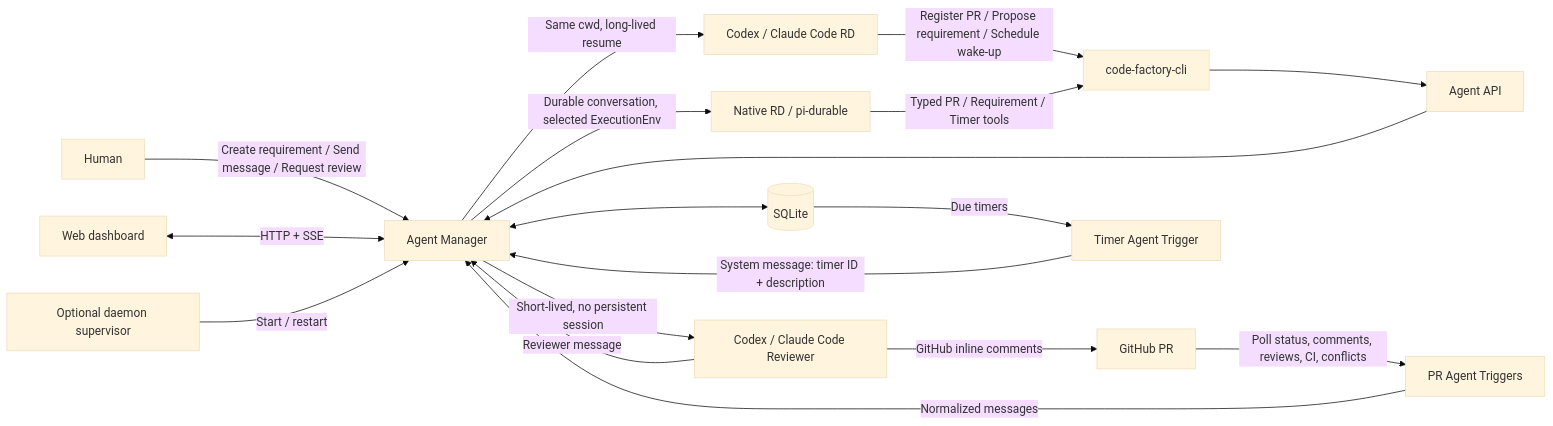
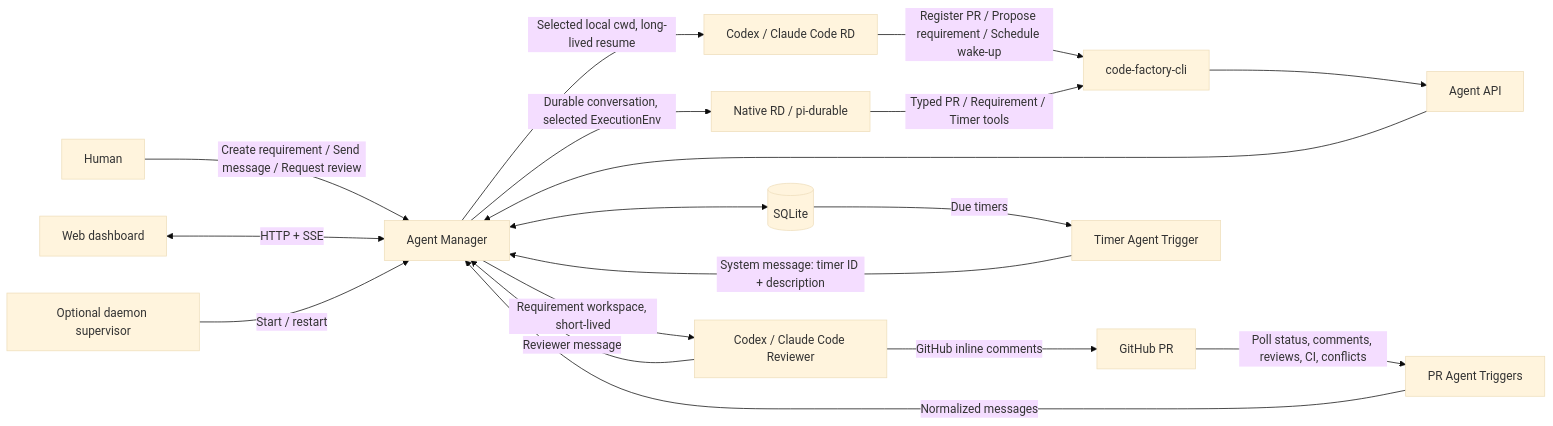
One commit to luohaha/code-factory changed the second of 2 diagrams in docs/architecture.en.md. Above: the diagram before and after it, drawn with Mermaid (base theme). The commit also changed other lines of this file and 15 other files, not shown here.

```diff
--- a/docs/architecture.en.md
+++ b/docs/architecture.en.md
@@ -31,20 +31,20 @@
 ~~~mermaid
 flowchart LR
   H[Human] -->|Create requirement / Send message / Request review| M[Agent Manager]
   W[Web dashboard] <-->|HTTP + SSE| M
   S[Optional daemon supervisor] -->|Start / restart| M
   M <--> DB[(SQLite)]
-  M -->|Same cwd, long-lived resume| RD[Codex / Claude Code RD]
+  M -->|Selected local cwd, long-lived resume| RD[Codex / Claude Code RD]
   M -->|Durable conversation, selected ExecutionEnv| NRD[Native RD / pi-durable]
-  M -->|Short-lived, no persistent session| RV[Codex / Claude Code Reviewer]
+  M -->|Requirement workspace, short-lived| RV[Codex / Claude Code Reviewer]
   RD -->|Register PR / Propose requirement / Schedule wake-up| CLI[code-factory-cli]
   NRD -->|Typed PR / Requirement / Timer tools| CLI
   CLI --> API[Agent API]
   API --> M
   RV -->|GitHub inline comments| GH[GitHub PR]
   GH -->|Poll status, comments, reviews, CI, conflicts| T[PR Agent Triggers]
   DB -->|Due timers| ST[Timer Agent Trigger]
   ST -->|System message: timer ID + description| M
   T -->|Normalized messages| M
   RV -->|Reviewer message| M
 ~~~
```
